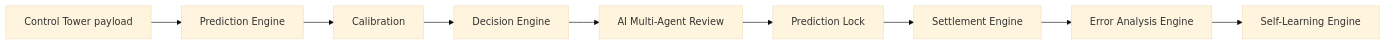
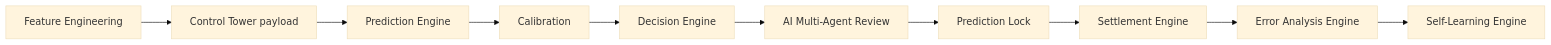
Before and after one commit to jvwknzn6p2-spec/sports-lab-model-plan.md: the first of 3 diagrams in handiedge_engine/README.md, drawn with Mermaid (base theme). The commit also changed other lines of this file and 12 other files, not shown here.

First line of the commit message:
Add daily MLB prediction path: Feature Engineering front stage + `daily` CLI

````diff
--- a/handiedge_engine/README.md
+++ b/handiedge_engine/README.md
@@ -31,11 +31,12 @@
 ```mermaid
 flowchart LR
-  CT[Control Tower payload] --> PE[Prediction Engine]
+  FE[Feature Engineering] --> CT[Control Tower payload]
+  CT --> PE[Prediction Engine]
   PE --> CAL[Calibration]
   CAL --> DE[Decision Engine]
   DE --> AI[AI Multi-Agent Review]
   AI --> LK[Prediction Lock]
   LK --> ST[Settlement Engine]
   ST --> EA[Error Analysis Engine]
   EA --> SL[Self-Learning Engine]
 ```
````
